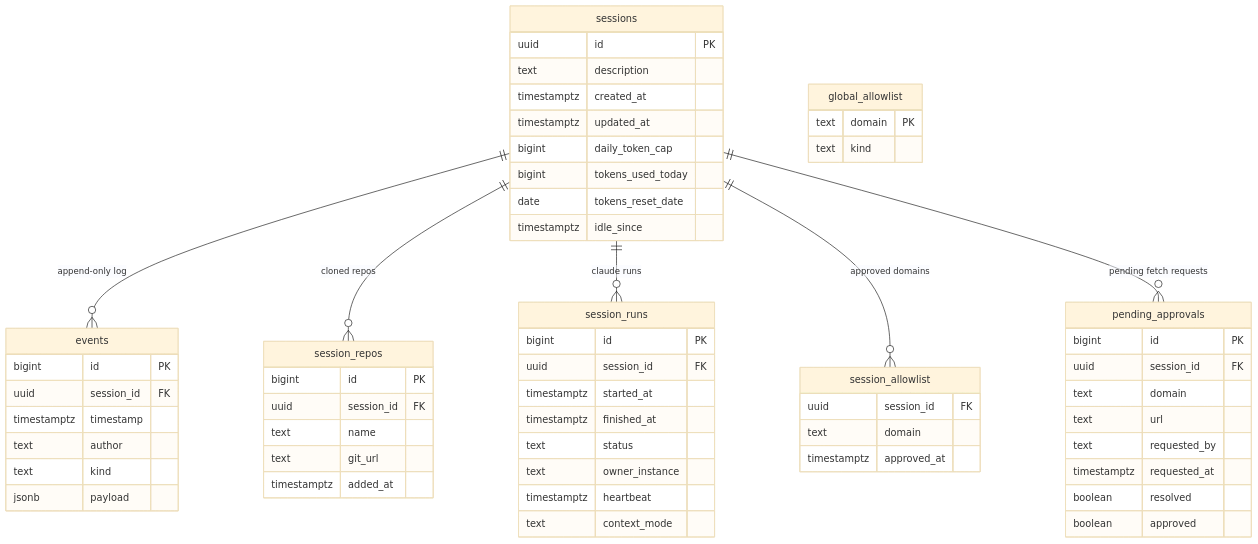
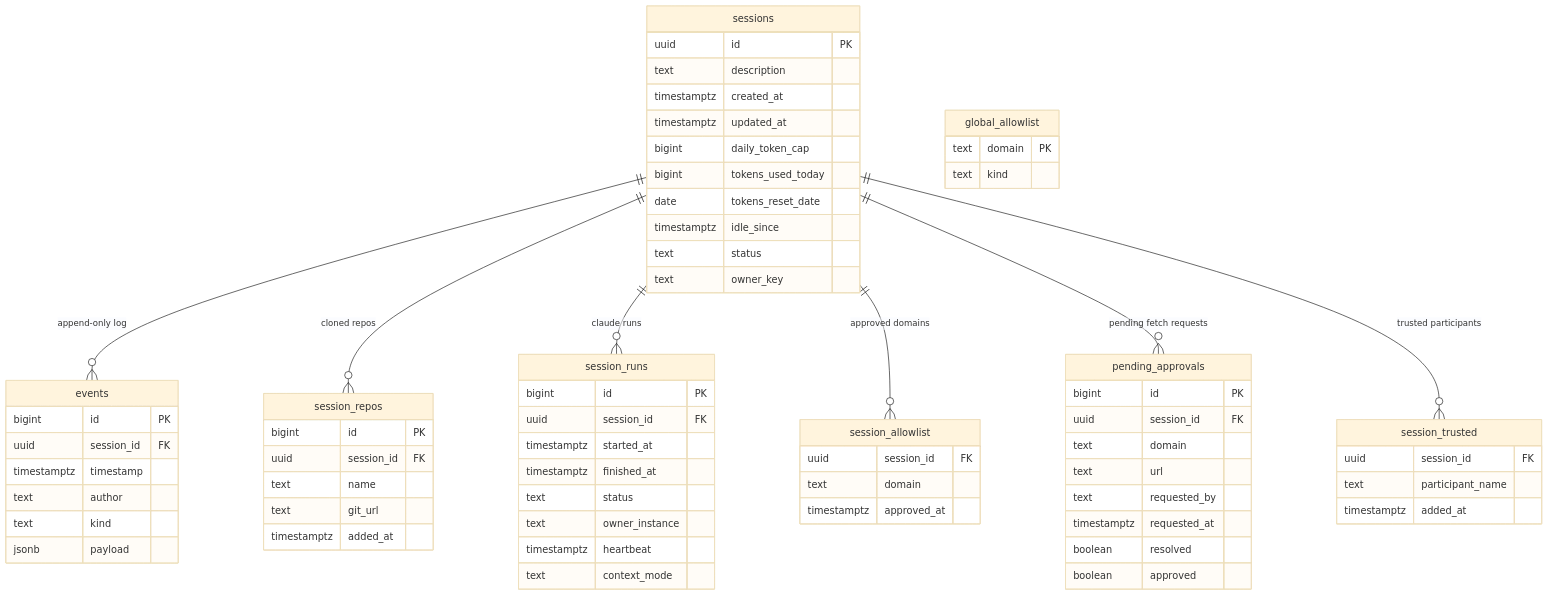
The second of 6 diagrams in docs/architecture.md (Logan-Garrett/remora), drawn with Mermaid (base theme) before and after one commit. The commit also changed 6 other files, not shown here.

First line of the commit message:
docs+tests: update architecture diagram, changelog, add E2E and Neovim tests

````diff
--- a/docs/architecture.md
+++ b/docs/architecture.md
@@ -63,69 +63,78 @@
 ```mermaid
 erDiagram
     sessions {
         uuid        id              PK
         text        description
         timestamptz created_at
         timestamptz updated_at
         bigint      daily_token_cap
         bigint      tokens_used_today
         date        tokens_reset_date
         timestamptz idle_since
+        text        status
+        text        owner_key
     }
 
     events {
         bigint      id         PK
         uuid        session_id FK
         timestamptz timestamp
         text        author
         text        kind
         jsonb       payload
     }
 
     session_repos {
         bigint      id         PK
         uuid        session_id FK
         text        name
         text        git_url
         timestamptz added_at
     }
 
     session_runs {
         bigint      id             PK
         uuid        session_id     FK
         timestamptz started_at
         timestamptz finished_at
         text        status
         text        owner_instance
         timestamptz heartbeat
         text        context_mode
     }
 
     global_allowlist {
         text domain PK
         text kind
     }
 
     session_allowlist {
         uuid        session_id  FK
         text        domain
         timestamptz approved_at
     }
 
     pending_approvals {
         bigint      id           PK
         uuid        session_id   FK
         text        domain
         text        url
         text        requested_by
         timestamptz requested_at
         boolean     resolved
         boolean     approved
     }
 
+    session_trusted {
+        uuid        session_id       FK
+        text        participant_name
+        timestamptz added_at
+    }
+
     sessions ||--o{ events            : "append-only log"
     sessions ||--o{ session_repos     : "cloned repos"
     sessions ||--o{ session_runs      : "claude runs"
     sessions ||--o{ session_allowlist : "approved domains"
     sessions ||--o{ pending_approvals : "pending fetch requests"
+    sessions ||--o{ session_trusted   : "trusted participants"
 ```
````
